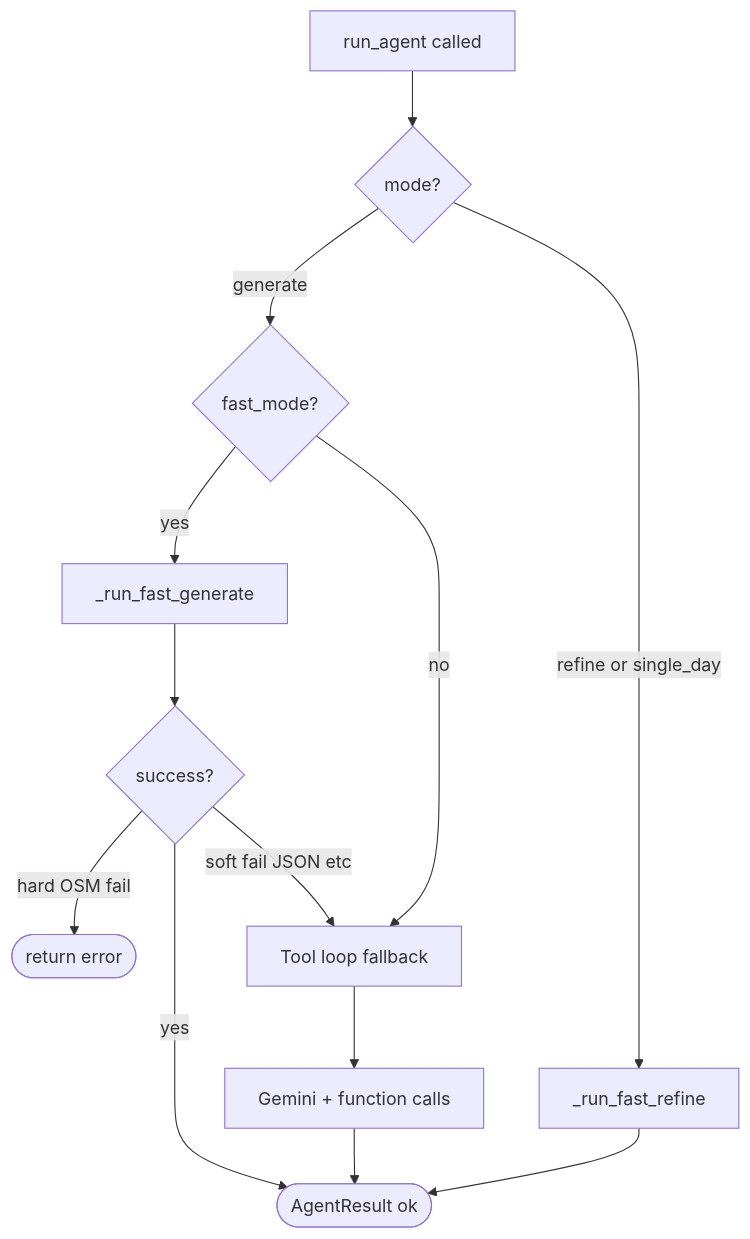
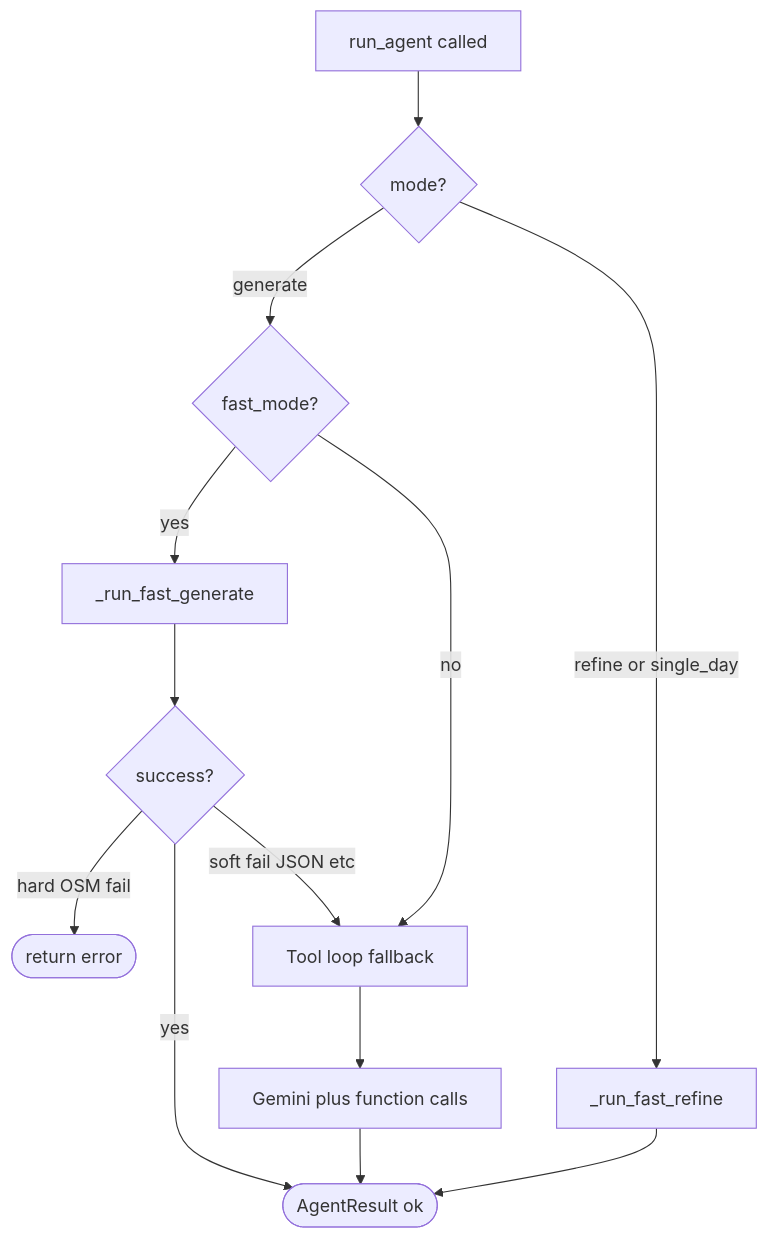
The fifth of 19 diagrams in info.md (guptaastha1427/Trip-Planner), drawn with Mermaid before and after one commit. The commit also changed other lines of this file and 4 other files, not shown here.

````diff
--- a/info.md
+++ b/info.md
@@ -257,15 +258,15 @@
 ```mermaid
 flowchart TD
   RA[run_agent called] --> Mode{mode?}
   Mode -->|refine or single_day| FR[_run_fast_refine]
   Mode -->|generate| Fast{fast_mode?}
   Fast -->|yes| FG[_run_fast_generate]
   FG --> OK{success?}
   OK -->|yes| Done([AgentResult ok])
   OK -->|hard OSM fail| Fail([return error])
   OK -->|soft fail JSON etc| TL[Tool loop fallback]
   Fast -->|no| TL
-  TL --> Loop[Gemini + function calls]
+  TL --> Loop[Gemini plus function calls]
   Loop --> Done
   FR --> Done
 ```
````
